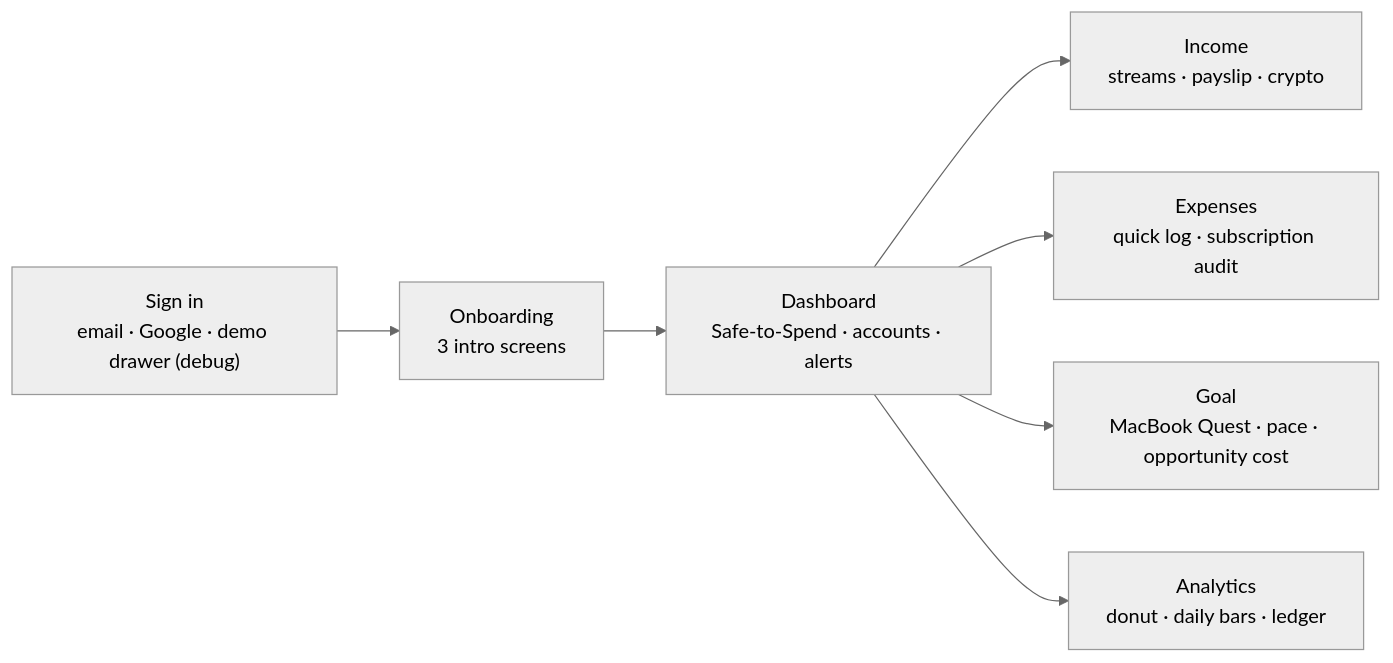
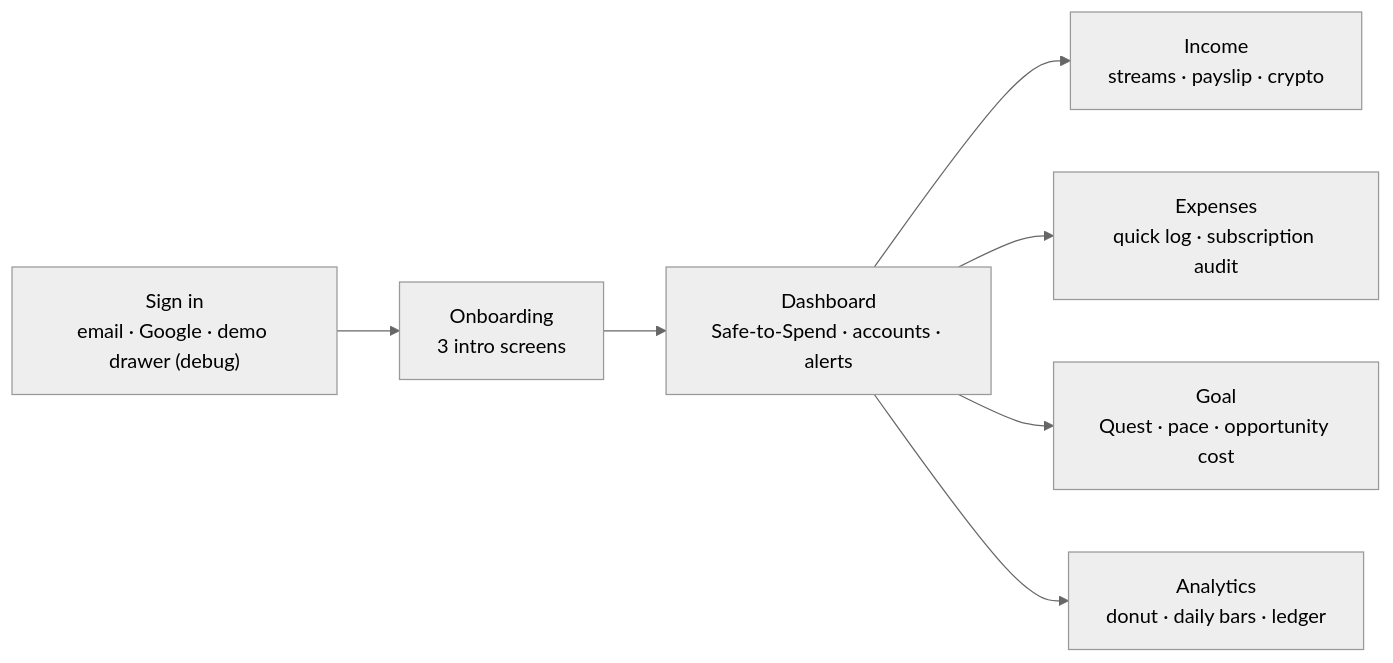
One commit to Hesara2003/PulseFinance-SE3092 changed the diagram in docs/FEATURES_SPECIFICATION.md. Above: the diagram before and after it, drawn with Mermaid (neutral theme). The commit also changed other lines of this file and 4 other files, not shown here.

First line of the commit message:
docs: bring architecture, design system and features up to date

````diff
--- a/docs/FEATURES_SPECIFICATION.md
+++ b/docs/FEATURES_SPECIFICATION.md
@@ -5,9 +5,9 @@
 ```mermaid
 flowchart LR
     Auth["Sign in<br/>email · Google · demo drawer (debug)"] --> Onb["Onboarding<br/>3 intro screens"]
     Onb --> Dash["Dashboard<br/>Safe-to-Spend · accounts · alerts"]
     Dash --> Inc["Income<br/>streams · payslip · crypto"]
     Dash --> Exp["Expenses<br/>quick log · subscription audit"]
-    Dash --> Goal["Goal<br/>MacBook Quest · pace · opportunity cost"]
+    Dash --> Goal["Goal<br/>Quest · pace · opportunity cost"]
     Dash --> Ana["Analytics<br/>donut · daily bars · ledger"]
 ```
````
